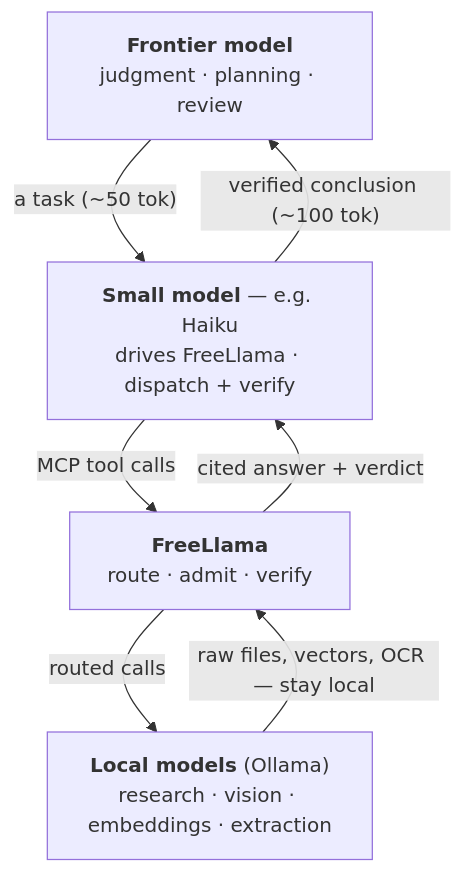
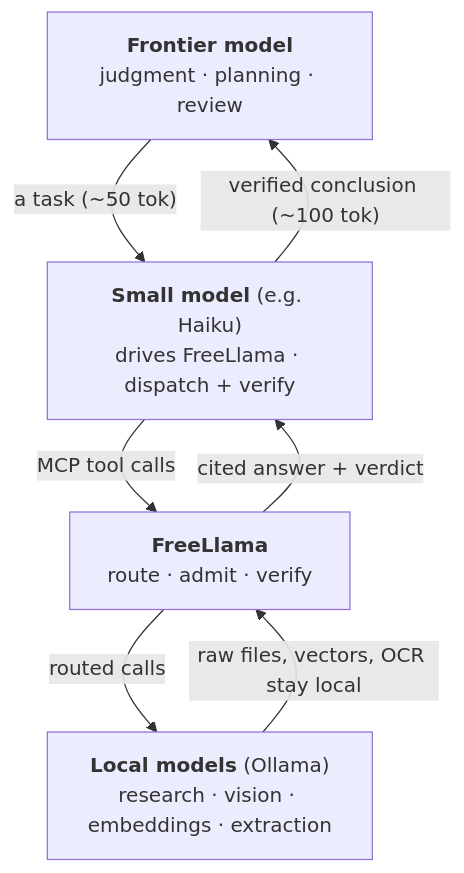
One commit to bgauryy/FreeLlama changed the first of 4 diagrams in README.md. Above: the diagram before and after it, drawn with Mermaid. The commit also changed other lines of this file and 23 other files, not shown here.

Commit message:
update freelama flow and split code

````diff
--- a/README.md
+++ b/README.md
@@ -12,13 +12,13 @@
 ```mermaid
 flowchart TB
     F["<b>Frontier model</b><br/>judgment · planning · review"]
-    S["<b>Small model</b> — e.g. Haiku<br/>drives FreeLlama · dispatch + verify"]
+    S["<b>Small model</b> (e.g. Haiku)<br/>drives FreeLlama · dispatch + verify"]
     G["<b>FreeLlama</b><br/>route · admit · verify"]
     L["<b>Local models</b> (Ollama)<br/>research · vision · embeddings · extraction"]
     F -->|"a task (~50 tok)"| S
     S -->|"MCP tool calls"| G
     G -->|"routed calls"| L
-    L -->|"raw files, vectors, OCR — stay local"| G
+    L -->|"raw files, vectors, OCR stay local"| G
     G -->|"cited answer + verdict"| S
     S -->|"verified conclusion (~100 tok)"| F
 ```
````
